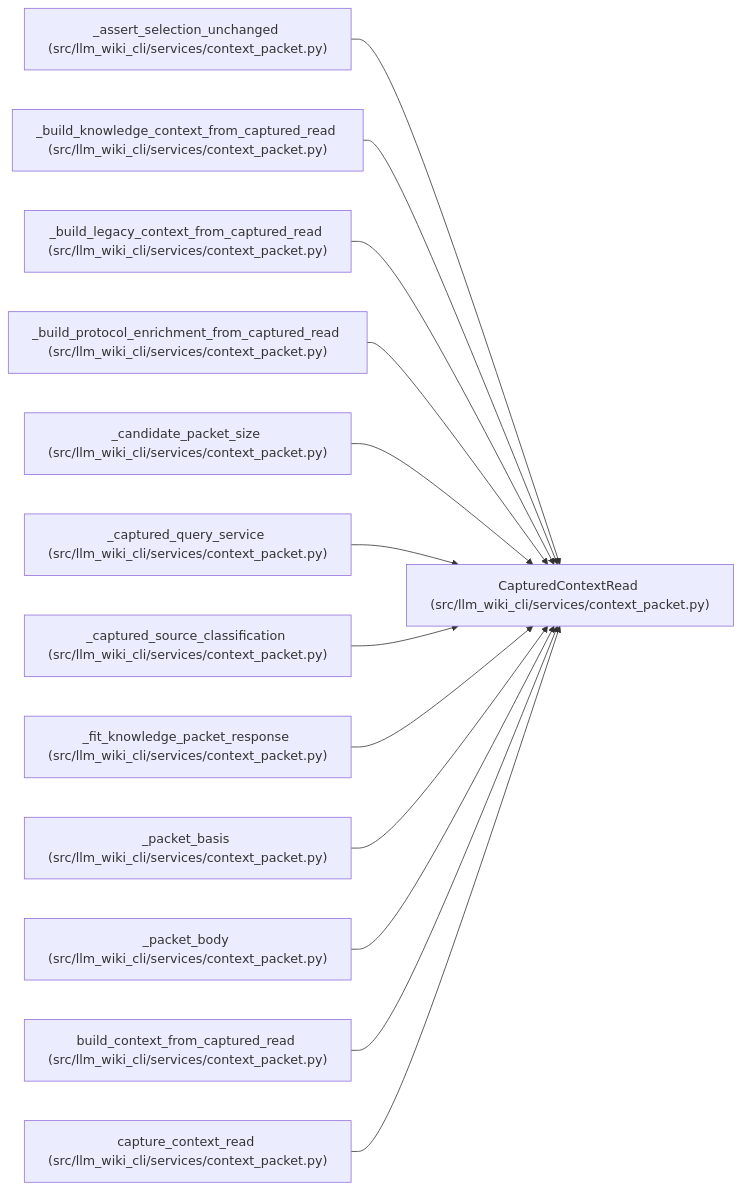
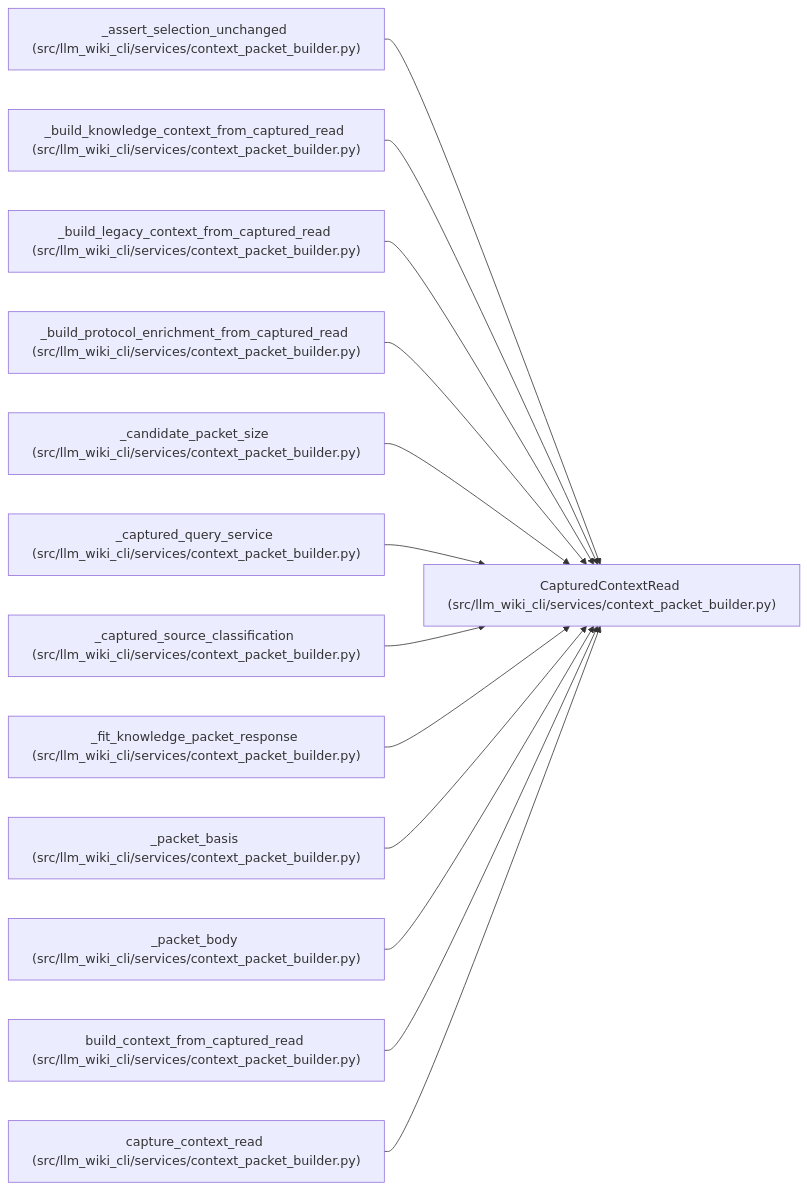
One commit to Denissvgn/python-wiki-llm changed the diagram in docs/llm_wiki/entities/CapturedContextRead.md. Above: the diagram before and after it, drawn with Mermaid. The commit also changed other lines of this file and 1555 other files, not shown here.

````diff
--- a/docs/llm_wiki/entities/CapturedContextRead.md
+++ b/docs/llm_wiki/entities/CapturedContextRead.md
@@ -51,41 +51,41 @@
 ```mermaid
 flowchart LR
-    n0["CapturedContextRead (src/llm_wiki_cli/services/context_packet.py)"]
-    n1["_assert_selection_unchanged (src/llm_wiki_cli/services/context_packet.py)"]
-    n2["_build_knowledge_context_from_captured_read (src/llm_wiki_cli/services/context_packet.py)"]
-    n3["_build_legacy_context_from_captured_read (src/llm_wiki_cli/services/context_packet.py)"]
-    n4["_build_protocol_enrichment_from_captured_read (src/llm_wiki_cli/services/context_packet.py)"]
-    n5["_candidate_packet_size (src/llm_wiki_cli/services/context_packet.py)"]
-    n6["_captured_query_service (src/llm_wiki_cli/services/context_packet.py)"]
-    n7["_captured_source_classification (src/llm_wiki_cli/services/context_packet.py)"]
-    n8["_fit_knowledge_packet_response (src/llm_wiki_cli/services/context_packet.py)"]
-    n9["_packet_basis (src/llm_wiki_cli/services/context_packet.py)"]
-    n10["_packet_body (src/llm_wiki_cli/services/context_packet.py)"]
-    n11["build_context_from_captured_read (src/llm_wiki_cli/services/context_packet.py)"]
-    n12["capture_context_read (src/llm_wiki_cli/services/context_packet.py)"]
+    n0["CapturedContextRead (src/llm_wiki_cli/services/context_packet_builder.py)"]
+    n1["_assert_selection_unchanged (src/llm_wiki_cli/services/context_packet_builder.py)"]
+    n2["_build_knowledge_context_from_captured_read (src/llm_wiki_cli/services/context_packet_builder.py)"]
+    n3["_build_legacy_context_from_captured_read (src/llm_wiki_cli/services/context_packet_builder.py)"]
+    n4["_build_protocol_enrichment_from_captured_read (src/llm_wiki_cli/services/context_packet_builder.py)"]
+    n5["_candidate_packet_size (src/llm_wiki_cli/services/context_packet_builder.py)"]
+    n6["_captured_query_service (src/llm_wiki_cli/services/context_packet_builder.py)"]
+    n7["_captured_source_classification (src/llm_wiki_cli/services/context_packet_builder.py)"]
+    n8["_fit_knowledge_packet_response (src/llm_wiki_cli/services/context_packet_builder.py)"]
+    n9["_packet_basis (src/llm_wiki_cli/services/context_packet_builder.py)"]
+    n10["_packet_body (src/llm_wiki_cli/services/context_packet_builder.py)"]
+    n11["build_context_from_captured_read (src/llm_wiki_cli/services/context_packet_builder.py)"]
+    n12["capture_context_read (src/llm_wiki_cli/services/context_packet_builder.py)"]
     n1 --> n0
     n2 --> n0
     n3 --> n0
     n4 --> n0
     n5 --> n0
     n6 --> n0
     n7 --> n0
     n8 --> n0
     n9 --> n0
     n10 --> n0
     n11 --> n0
     n12 --> n0
-    click n0 "../modules/context_packet.md"
-    click n1 "../modules/context_packet.md"
-    click n2 "../modules/context_packet.md"
-    click n3 "../modules/context_packet.md"
-    click n4 "../modules/context_packet.md"
-    click n5 "../modules/context_packet.md"
-    click n6 "../modules/context_packet.md"
-    click n7 "../modules/context_packet.md"
-    click n8 "../modules/context_packet.md"
-    click n9 "../modules/context_packet.md"
-    click n10 "../modules/context_packet.md"
-    click n11 "../modules/context_packet.md"
-    click n12 "../modules/context_packet.md"
+    click n0 "../modules/context_packet_builder.md"
+    click n1 "../modules/context_packet_builder.md"
+    click n2 "../modules/context_packet_builder.md"
+    click n3 "../modules/context_packet_builder.md"
+    click n4 "../modules/context_packet_builder.md"
+    click n5 "../modules/context_packet_builder.md"
+    click n6 "../modules/context_packet_builder.md"
+    click n7 "../modules/context_packet_builder.md"
+    click n8 "../modules/context_packet_builder.md"
+    click n9 "../modules/context_packet_builder.md"
+    click n10 "../modules/context_packet_builder.md"
+    click n11 "../modules/context_packet_builder.md"
+    click n12 "../modules/context_packet_builder.md"
 ```
````
